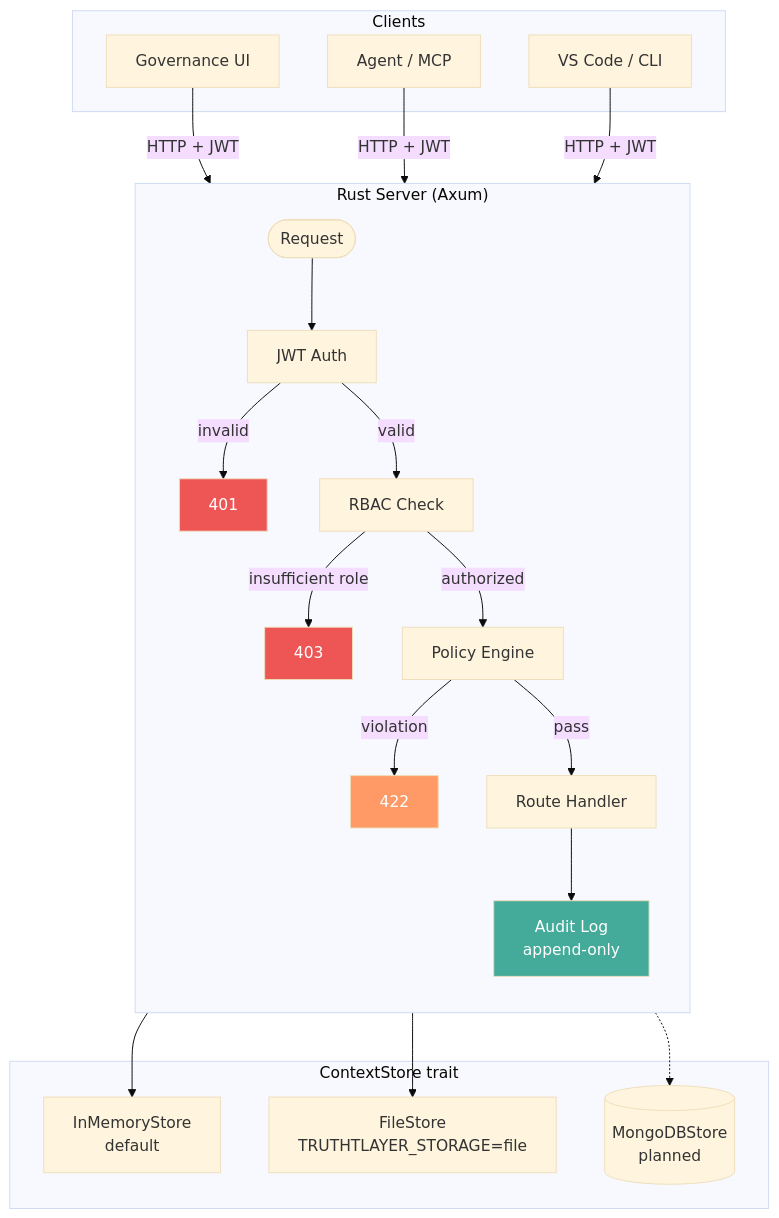
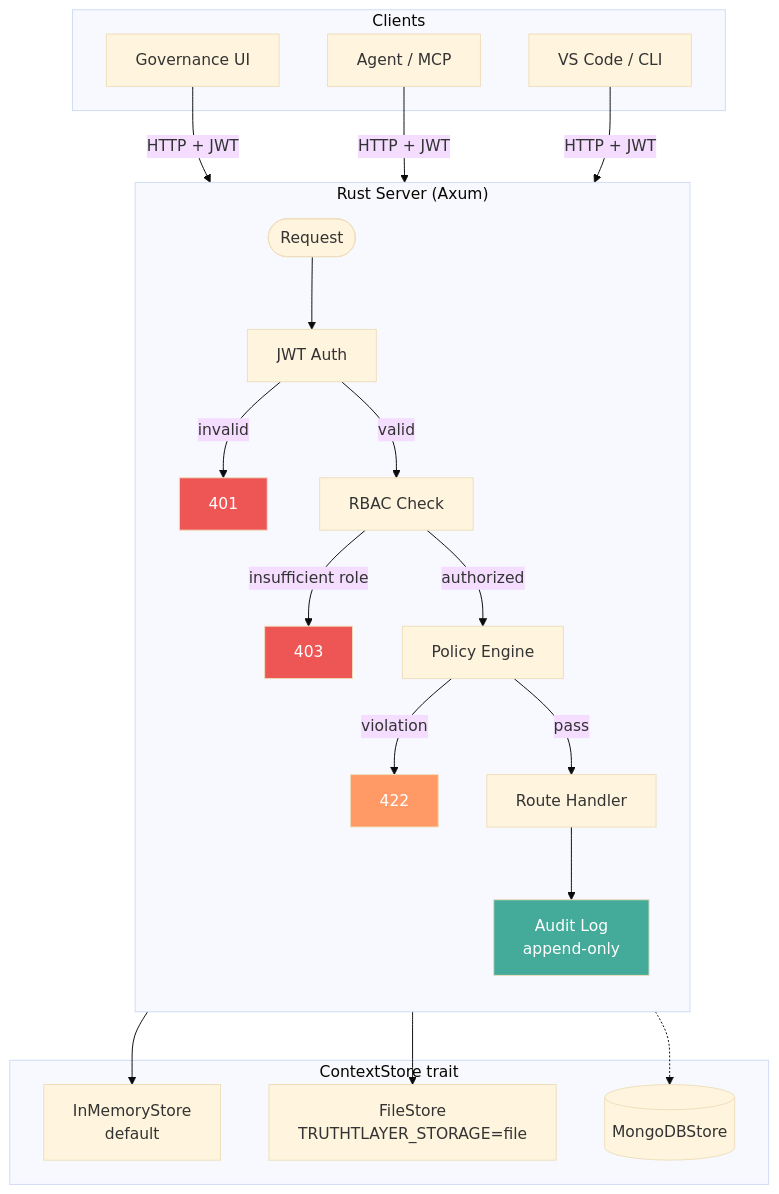
Before and after one commit to whact2025/context-first-docs: the diagram in docs/COLLABORATOR_GUIDE.md, drawn with Mermaid (base theme). The commit also changed other lines of this file and 13 other files, not shown here.

````diff
--- a/docs/COLLABORATOR_GUIDE.md
+++ b/docs/COLLABORATOR_GUIDE.md
@@ -115,39 +115,39 @@
 ```mermaid
 flowchart TD
     subgraph Clients
         UI[Governance UI]
         Agent[Agent / MCP]
         VSCode[VS Code / CLI]
     end
 
     subgraph Server["Rust Server (Axum)"]
         direction TB
         REQ([Request]) --> Auth[JWT Auth]
         Auth -- "invalid" --> R401[401]
         Auth -- "valid" --> RBAC[RBAC Check]
         RBAC -- "insufficient role" --> R403[403]
         RBAC -- "authorized" --> Policy[Policy Engine]
         Policy -- "violation" --> R422[422]
         Policy -- "pass" --> Handler[Route Handler]
         Handler --> AuditLog[Audit Log<br/>append-only]
     end
 
     subgraph Store["ContextStore trait"]
         Mem[InMemoryStore<br/>default]
         File[FileStore<br/>TRUTHTLAYER_STORAGE=file]
-        Mongo[(MongoDBStore<br/>planned)]
+        Mongo[(MongoDBStore)]
     end
 
     UI -- "HTTP + JWT" --> REQ
     Agent -- "HTTP + JWT" --> REQ
     VSCode -- "HTTP + JWT" --> REQ
 
     Handler --> Mem
     Handler --> File
     Handler -.-> Mongo
 
     style R401 fill:#e55,color:#fff
     style R403 fill:#e55,color:#fff
     style R422 fill:#f96,color:#fff
     style AuditLog fill:#4a9,color:#fff
 ```
````
